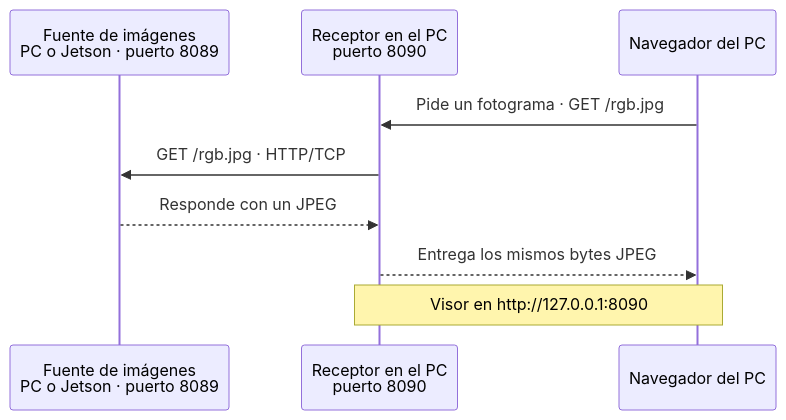
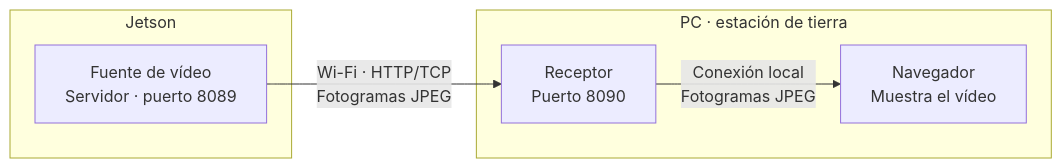
Before and after one commit to AdrianGrassin/dron_hardware_comunicaciones: the diagram in README.md, drawn with Mermaid.

Commit message:
Flujo de vídeo

````diff
--- a/README.md
+++ b/README.md
@@ -7,12 +7,12 @@
 ```mermaid
-sequenceDiagram
-    participant F as Fuente de imágenes<br/>PC o Jetson · puerto 8089
-    participant R as Receptor en el PC<br/>puerto 8090
-    participant V as Navegador del PC
-
-    V->>R: Pide un fotograma · GET /rgb.jpg
-    R->>F: GET /rgb.jpg · HTTP/TCP
-    F-->>R: Responde con un JPEG
-    R-->>V: Entrega los mismos bytes JPEG
-    Note over R,V: Visor en http://127.0.0.1:8090
+flowchart LR
+    subgraph J["Jetson"]
+        F["Fuente de vídeo<br/>Servidor · puerto 8089"]
+    end
+    subgraph PC["PC · estación de tierra"]
+        R["Receptor<br/>Puerto 8090"]
+        V["Navegador<br/>Muestra el vídeo"]
+    end
+    F -->|"Wi-Fi · HTTP/TCP<br/>Fotogramas JPEG"| R
+    R -->|"Conexión local<br/>Fotogramas JPEG"| V
 ```
````
